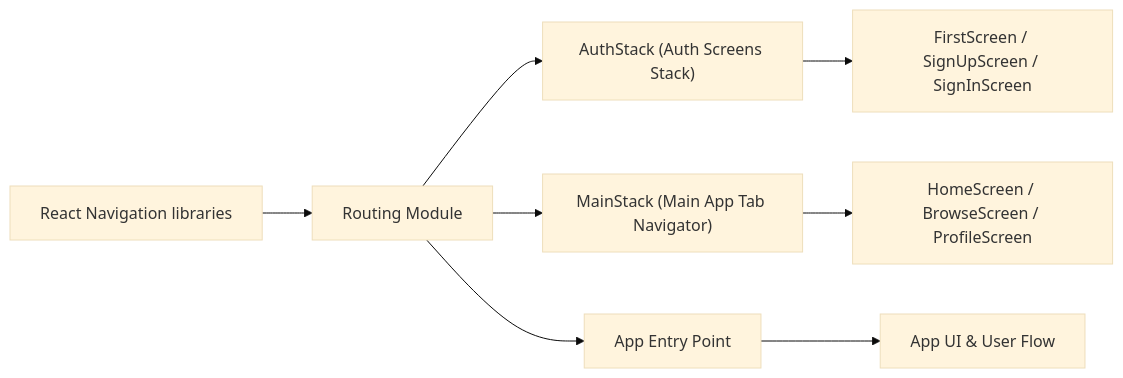
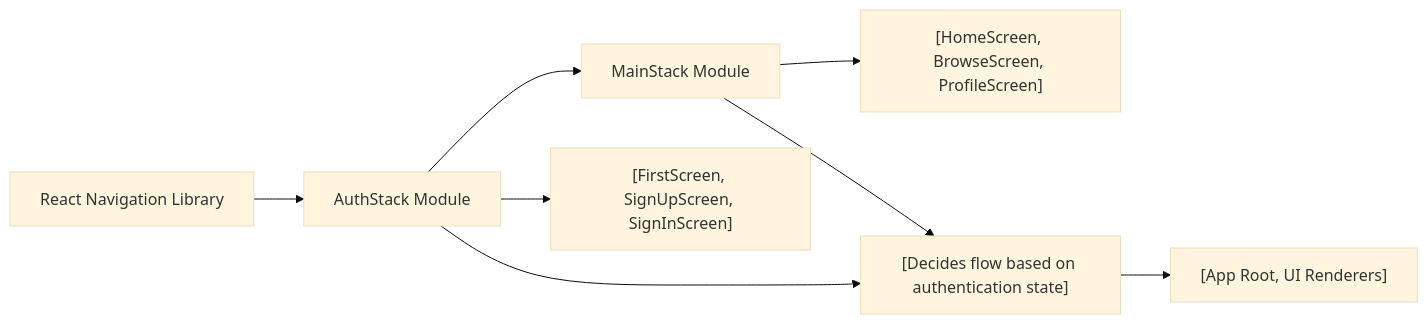
One commit to lucasboucher/Expo-Firebase-Boiler-Plate-2 changed the diagram in .shelfya/guide/routing.md. Above: the diagram before and after it, drawn with Mermaid (base theme). The commit also changed other lines of this file and 7 other files, not shown here.

````diff
--- a/.shelfya/guide/routing.md
+++ b/.shelfya/guide/routing.md
@@ -42,10 +51,11 @@
 ```mermaid
 flowchart LR
-  navigationLibs["React Navigation libraries"] --> routingModule["Routing Module"]
-  routingModule --> authStack["AuthStack (Auth Screens Stack)"]
-  routingModule --> mainStack["MainStack (Main App Tab Navigator)"]
-  authStack --> authScreens["FirstScreen / SignUpScreen / SignInScreen"]
-  mainStack --> mainTabs["HomeScreen / BrowseScreen / ProfileScreen"]
-  routingModule --> appEntry["App Entry Point"]
-  appEntry --> consumers["App UI & User Flow"]
+  reactNav["React Navigation Library"]
+    --> authStack["AuthStack Module"]
+    --> mainStack["MainStack Module"]
+  authStack --> authScreens["[FirstScreen, SignUpScreen, SignInScreen]"]
+  mainStack --> mainScreens["[HomeScreen, BrowseScreen, ProfileScreen]"] 
+  authStack --> navCoordinator["[Decides flow based on authentication state]"]
+  mainStack --> navCoordinator
+  navCoordinator --> appConsumers["[App Root, UI Renderers]"]
 ```
````
